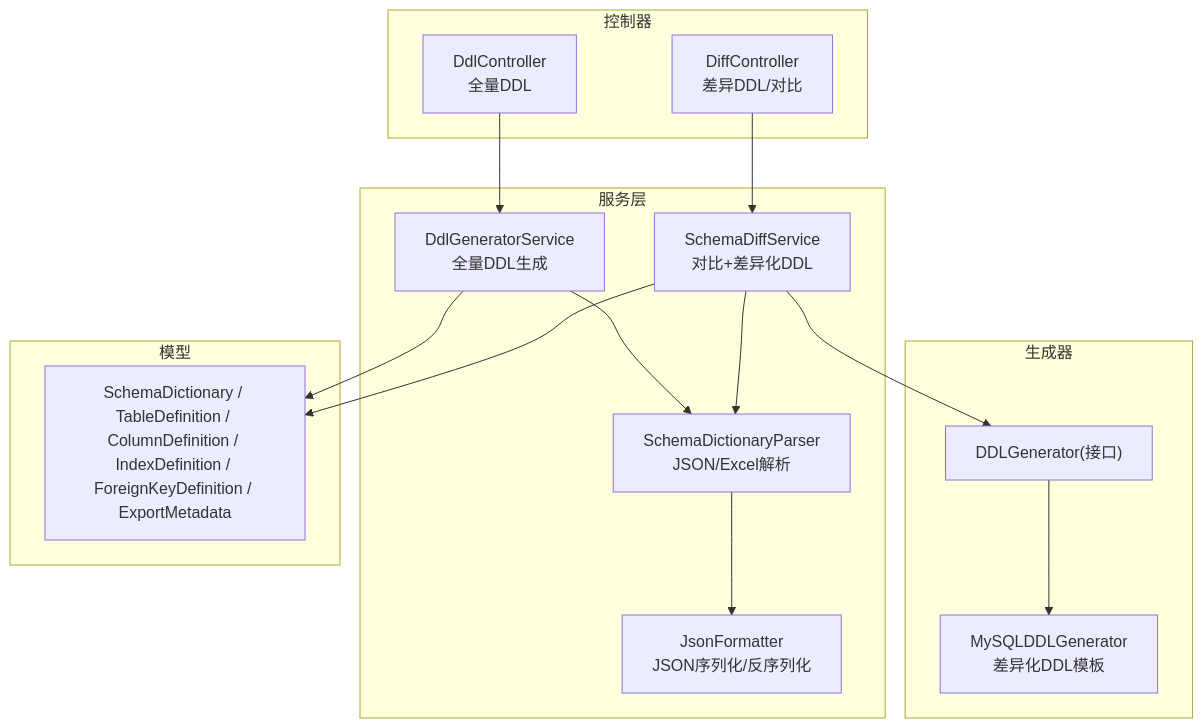
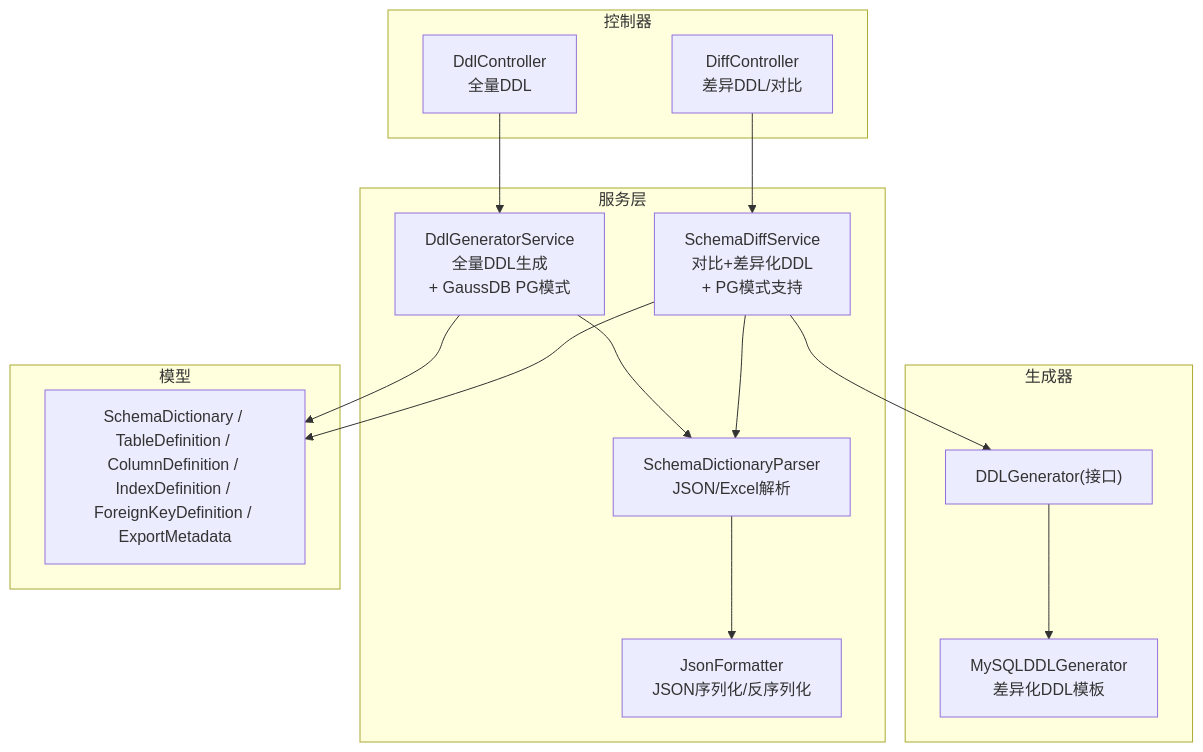
The first of 5 diagrams in .qoder/repowiki/zh/content/API接口参考/DDL生成API.md (SamLing-Why/SchemaSync), drawn with Mermaid before and after one commit. The commit also changed other lines of this file and 32 other files, not shown here.

````diff
--- a/.qoder/repowiki/zh/content/API接口参考/DDL生成API.md
+++ b/.qoder/repowiki/zh/content/API接口参考/DDL生成API.md
@@ -46,29 +58,29 @@
 ```mermaid
 graph TB
 subgraph "控制器"
 C1["DdlController<br/>全量DDL"]
 C2["DiffController<br/>差异DDL/对比"]
 end
 subgraph "服务层"
-S1["DdlGeneratorService<br/>全量DDL生成"]
-S2["SchemaDiffService<br/>对比+差异化DDL"]
+S1["DdlGeneratorService<br/>全量DDL生成<br/>+ GaussDB PG模式"]
+S2["SchemaDiffService<br/>对比+差异化DDL<br/>+ PG模式支持"]
 S3["SchemaDictionaryParser<br/>JSON/Excel解析"]
 F1["JsonFormatter<br/>JSON序列化/反序列化"]
 end
 subgraph "生成器"
 G1["DDLGenerator(接口)"]
 G2["MySQLDDLGenerator<br/>差异化DDL模板"]
 end
 subgraph "模型"
 M1["SchemaDictionary / TableDefinition / ColumnDefinition / IndexDefinition / ForeignKeyDefinition / ExportMetadata"]
 end
 C1 --> S1
 C2 --> S2
 S1 --> S3
 S2 --> S3
 S3 --> F1
 S2 --> G1
 G1 --> G2
 S1 --> M1
 S2 --> M1
 ```
````
